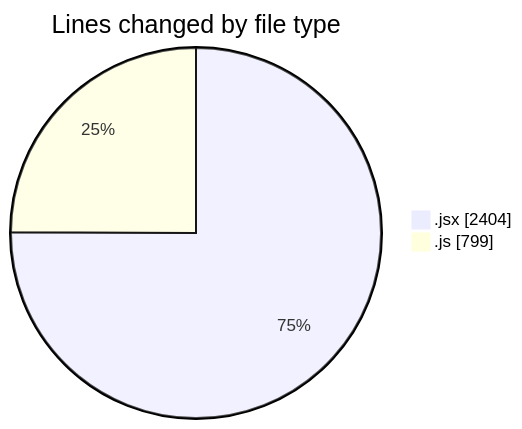
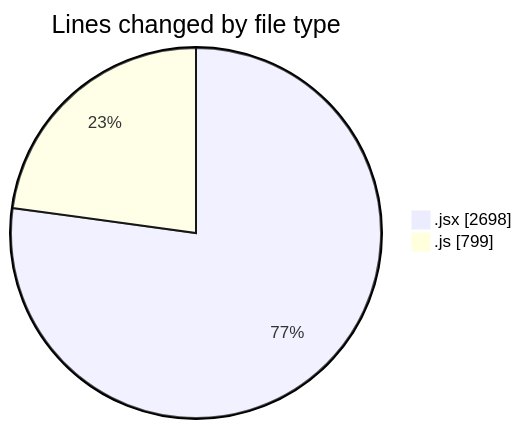
Before and after one commit to nxtqubesakshisongat/code-tracking: the first of 2 diagrams in 2025-07-14/argos/README.md, drawn with Mermaid. The commit also changed other lines of this file and 1 other file, not shown here.

````diff
--- a/2025-07-14/argos/README.md
+++ b/2025-07-14/argos/README.md
@@ -24,6 +26,6 @@
 ```mermaid
 pie showData
 title Lines changed by file type
-".jsx" : 2404
+".jsx" : 2698
 ".js" : 799
 ```
````
